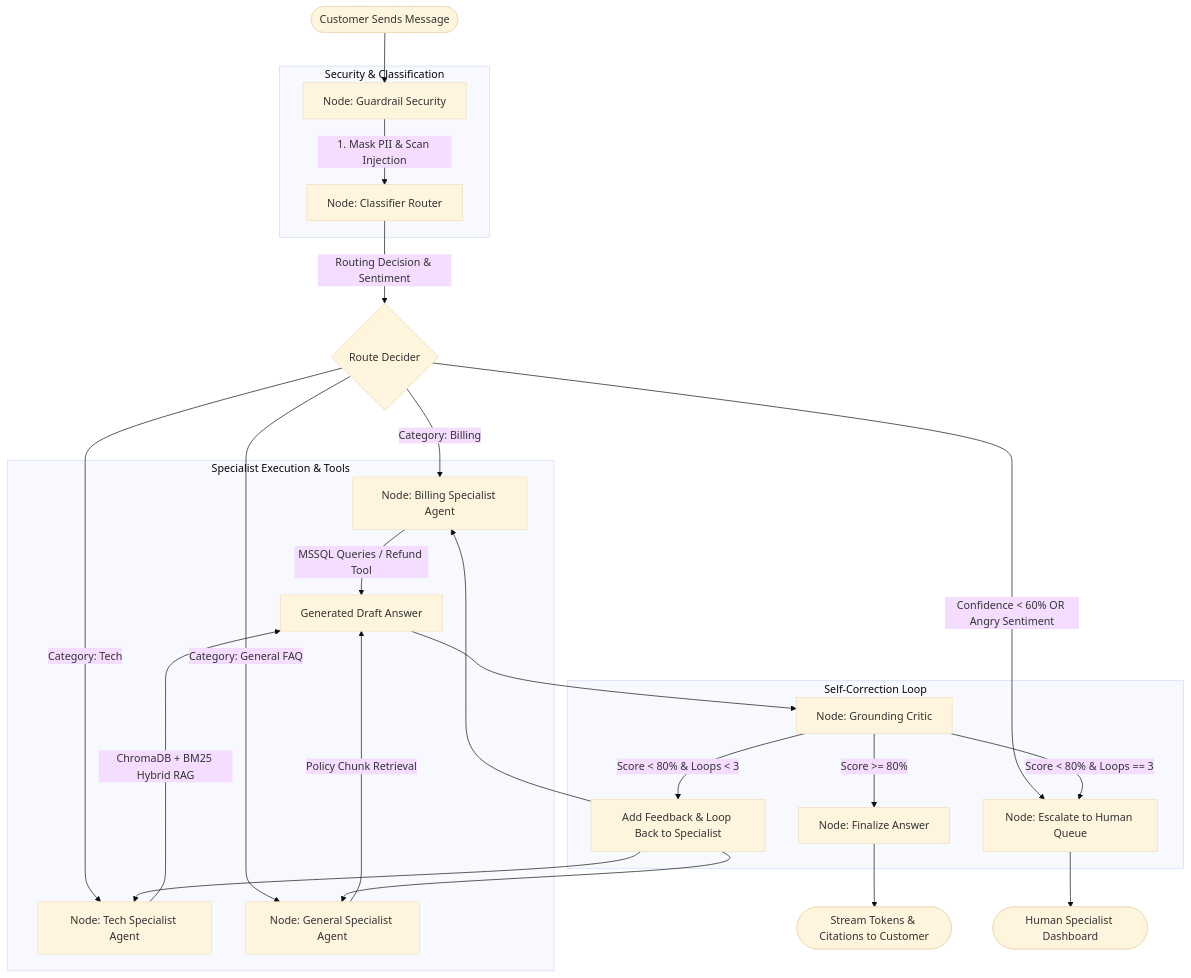
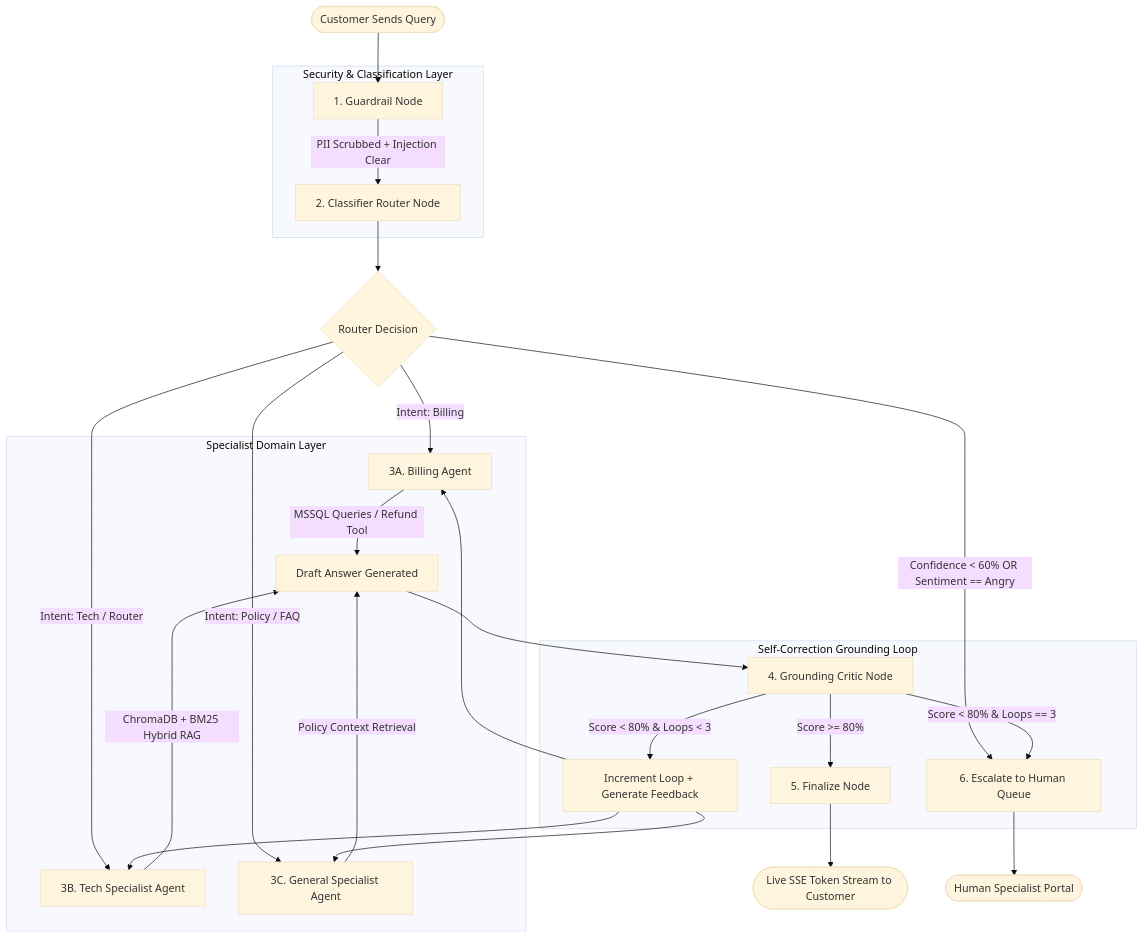
One commit to Satyam12Capgemini/MultiAgent changed the first of 2 diagrams in ARCHITECTURE_FLOW.md. Above: the diagram before and after it, drawn with Mermaid (base theme). The commit also changed other lines of this file and 9 other files, not shown here.

Commit message:
docs: enrich all markdown documentation with deep technical architecture, execution flows, and interview guides

````diff
--- a/ARCHITECTURE_FLOW.md
+++ b/ARCHITECTURE_FLOW.md
@@ -9,35 +29,35 @@
 ```mermaid
 flowchart TD
-    A([Customer Sends Message]) --> B[Node: Guardrail Security]
+    Start([Customer Sends Query]) --> N1[1. Guardrail Node]
     
-    subgraph Security & Classification
-        B -->|1. Mask PII & Scan Injection| C[Node: Classifier Router]
+    subgraph Security & Classification Layer
+        N1 -->|PII Scrubbed + Injection Clear| N2[2. Classifier Router Node]
     end
 
-    C -->|Routing Decision & Sentiment| D{Route Decider}
+    N2 --> BranchDecision{Router Decision}
     
-    D -->|Category: Billing| E[Node: Billing Specialist Agent]
-    D -->|Category: Tech| F[Node: Tech Specialist Agent]
-    D -->|Category: General FAQ| G[Node: General Specialist Agent]
-    D -->|Confidence < 60% OR Angry Sentiment| H[Node: Escalate to Human Queue]
+    BranchDecision -->|Intent: Billing| N3A[3A. Billing Agent]
+    BranchDecision -->|Intent: Tech / Router| N3B[3B. Tech Specialist Agent]
+    BranchDecision -->|Intent: Policy / FAQ| N3C[3C. General Specialist Agent]
+    BranchDecision -->|Confidence < 60% OR Sentiment == Angry| N6[6. Escalate to Human Queue]
     
-    subgraph Specialist Execution & Tools
-        E -->|MSSQL Queries / Refund Tool| I[Generated Draft Answer]
-        F -->|ChromaDB + BM25 Hybrid RAG| I
-        G -->|Policy Chunk Retrieval| I
+    subgraph Specialist Domain Layer
+        N3A -->|MSSQL Queries / Refund Tool| DraftAnswer[Draft Answer Generated]
+        N3B -->|ChromaDB + BM25 Hybrid RAG| DraftAnswer
+        N3C -->|Policy Context Retrieval| DraftAnswer
     end
 
-    I --> J[Node: Grounding Critic]
+    DraftAnswer --> N4[4. Grounding Critic Node]
     
-    subgraph Self-Correction Loop
-        J -->|Score >= 80%| K[Node: Finalize Answer]
-        J -->|Score < 80% & Loops < 3| L[Add Feedback & Loop Back to Specialist]
-        L --> F
-        L --> G
-        L --> E
-        J -->|Score < 80% & Loops == 3| H
+    subgraph Self-Correction Grounding Loop
+        N4 -->|Score >= 80%| N5[5. Finalize Node]
+        N4 -->|Score < 80% & Loops < 3| SelfCorrect[Increment Loop + Generate Feedback]
+        SelfCorrect --> N3B
+        SelfCorrect --> N3C
+        SelfCorrect --> N3A
+        N4 -->|Score < 80% & Loops == 3| N6
     end
 
-    K --> M([Stream Tokens & Citations to Customer])
-    H --> N([Human Specialist Dashboard])
+    N5 --> Delivered([Live SSE Token Stream to Customer])
+    N6 --> Escalated([Human Specialist Portal])
 ```
````
